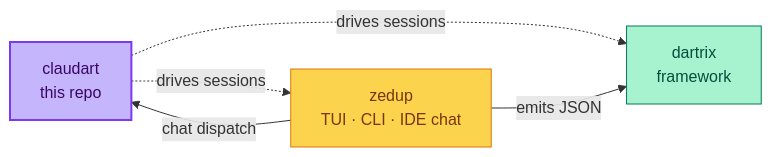
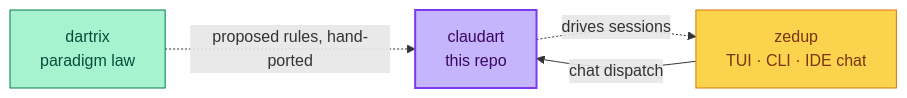
One commit to Krug2/claudart changed the fifth of 5 diagrams in README.md. Above: the diagram before and after it, drawn with Mermaid. The commit also changed other lines of this file and 2 other files, not shown here.

First line of the commit message:
docs: rewrite README — single unifying diagram, real proof, easier nav

````diff
--- a/README.md
+++ b/README.md
@@ -255,13 +383,12 @@
 ```mermaid
 flowchart LR
   C[claudart<br/>this repo]:::self
-  D[dartrix<br/>framework]:::core
+  D[dartrix<br/>paradigm law]:::core
   Z[zedup<br/>TUI · CLI · IDE chat]:::tool
   C -.->|drives sessions| Z
-  C -.->|drives sessions| D
-  Z -->|emits JSON| D
   Z -->|chat dispatch| C
+  D -.->|proposed rules, hand-ported| C
   classDef self fill:#c4b5fd,color:#3b0764,stroke:#7c3aed,stroke-width:2px
   classDef core fill:#a7f3d0,color:#064e3b,stroke:#047857
   classDef tool fill:#fcd34d,color:#78350f,stroke:#d97706
 ```
````
